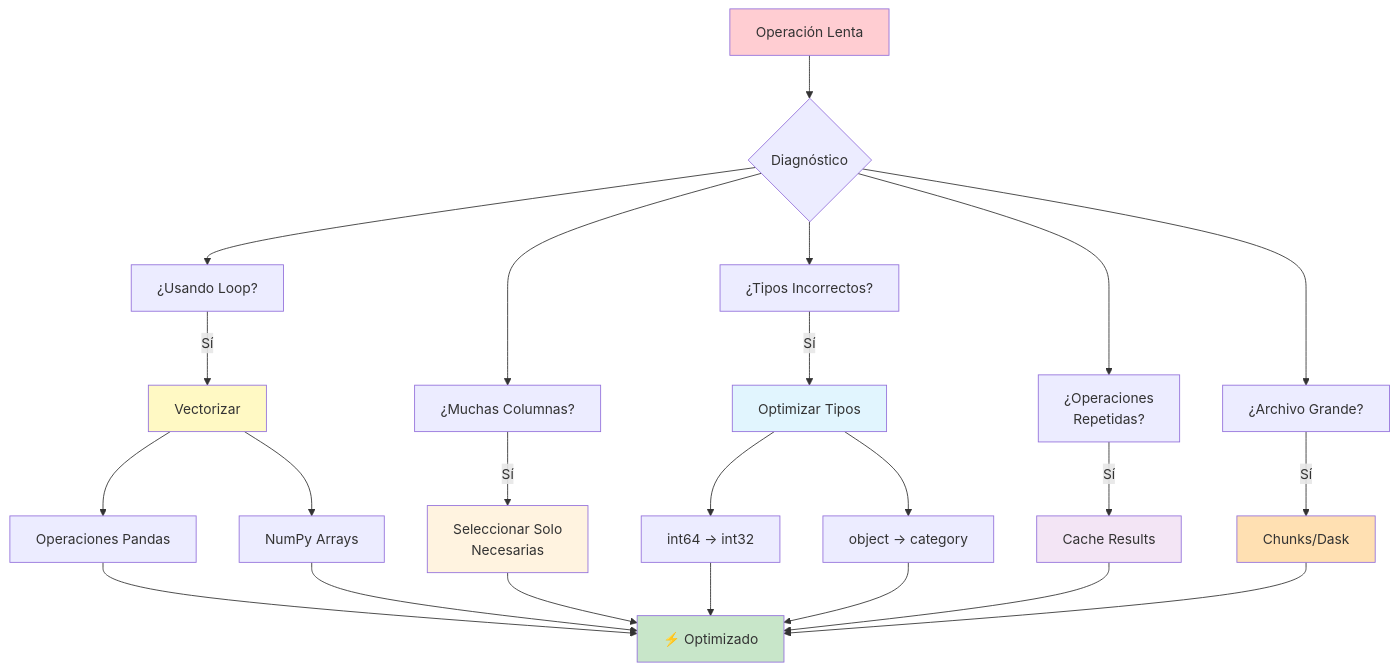
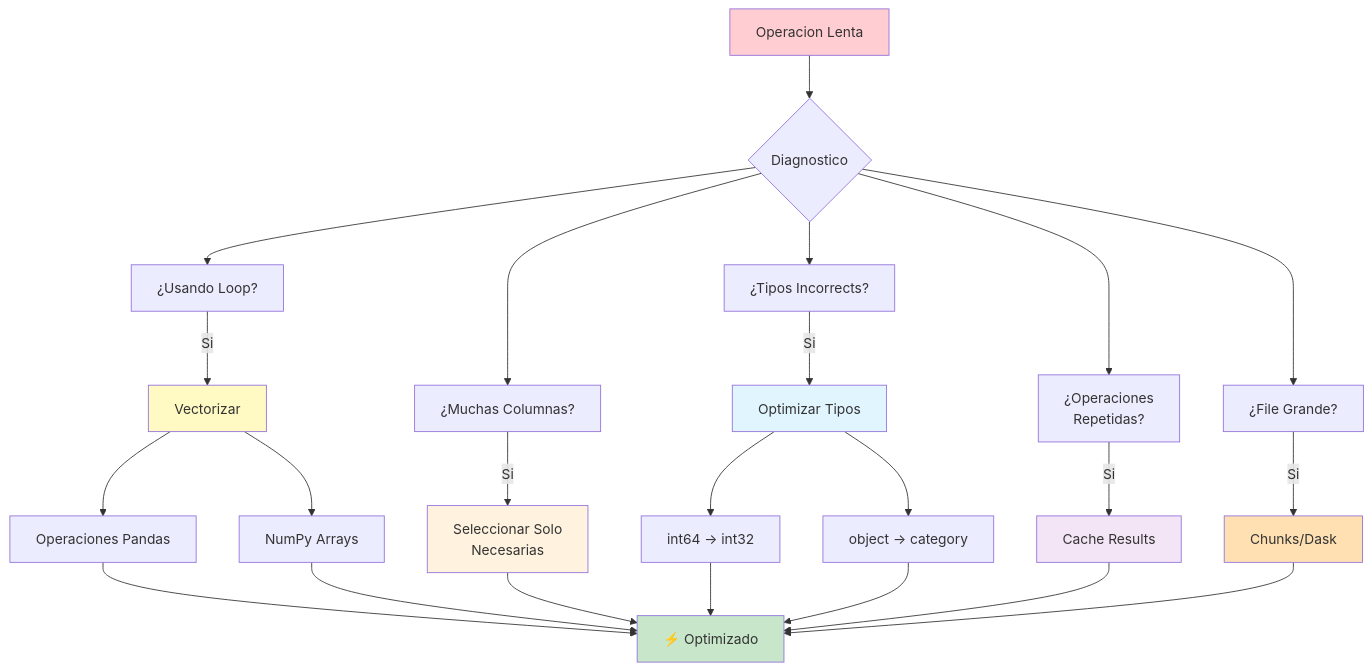
Before and after one commit to nanlabs/nan-data-engineering-labs: diagram 18 of 23 in modules/module-04-python-for-data/assets/diagrams/pandas-operations.md, drawn with Mermaid. The commit also changed other lines of this file and 23 other files, not shown here.

````diff
--- a/modules/module-04-python-for-data/assets/diagrams/pandas-operations.md
+++ b/modules/module-04-python-for-data/assets/diagrams/pandas-operations.md
@@ -435,39 +435,39 @@
 ```mermaid
 flowchart TD
-    A[Operación Lenta] --> B{Diagnóstico}
+    A[Operacion Lenta] --> B{Diagnostico}
     
     B --> C[¿Usando Loop?]
-    C -->|Sí| D[Vectorizar]
+    C -->|Si| D[Vectorizar]
     D --> D1[Operaciones Pandas]
     D --> D2[NumPy Arrays]
     
     B --> E[¿Muchas Columnas?]
-    E -->|Sí| F[Seleccionar Solo<br/>Necesarias]
+    E -->|Si| F[Seleccionar Solo<br/>Necesarias]
     
-    B --> G[¿Tipos Incorrectos?]
-    G -->|Sí| H[Optimizar Tipos]
+    B --> G[¿Tipos Incorrects?]
+    G -->|Si| H[Optimizar Tipos]
     H --> H1[int64 → int32]
     H --> H2[object → category]
     
     B --> I[¿Operaciones<br/>Repetidas?]
-    I -->|Sí| J[Cache Results]
+    I -->|Si| J[Cache Results]
     
-    B --> K[¿Archivo Grande?]
-    K -->|Sí| L[Chunks/Dask]
+    B --> K[¿File Grande?]
+    K -->|Si| L[Chunks/Dask]
     
     D1 --> M[⚡ Optimizado]
     D2 --> M
     F --> M
     H1 --> M
     H2 --> M
     J --> M
     L --> M
     
     style A fill:#ffcdd2
     style D fill:#fff9c4
     style F fill:#fff3e0
     style H fill:#e1f5fe
     style J fill:#f3e5f5
     style L fill:#ffe0b2
     style M fill:#c8e6c9
 ```
````
